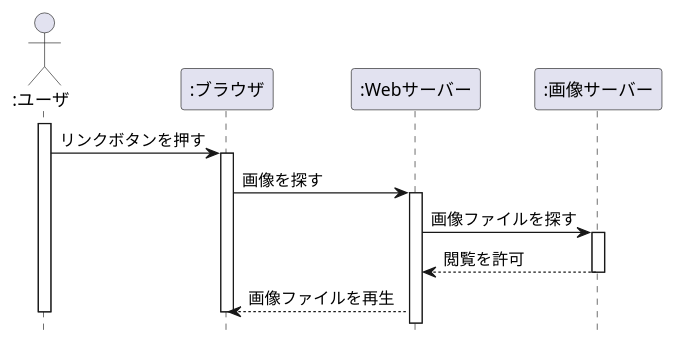
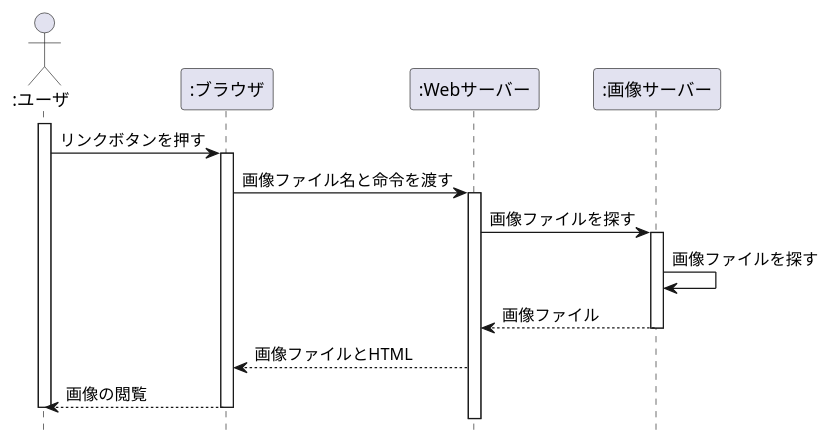
One commit to takumiTakahata/uml-introduction changed the diagram in 演習4-6_SD_Web画像検索.pu.pu. Above: the diagram before and after it, drawn with PlantUML.

Commit message:
修正

```diff
--- a/演習4-6_SD_Web画像検索.pu.pu
+++ b/演習4-6_SD_Web画像検索.pu.pu
@@ -1,19 +1,21 @@
 @startuml
 hide footbox
 actor ":ユーザ" as user
 participant ":ブラウザ" as brauza
 participant ":Webサーバー" as Web
 participant ":画像サーバー" as image
 activate user
 user -> brauza :リンクボタンを押す
 activate brauza
-brauza -> Web :画像を探す
+brauza -> Web :画像ファイル名と命令を渡す
 activate Web
 Web -> image :画像ファイルを探す
 activate image
-Web <-- image :閲覧を許可
+image -> image :画像ファイルを探す
+Web <-- image :画像ファイル
 deactivate image
-brauza <-- Web :画像ファイルを再生
+brauza <-- Web :画像ファイルとHTML
+user <-- brauza :画像の閲覧
 deactivate brauza
 deactivate user
 @enduml
```
